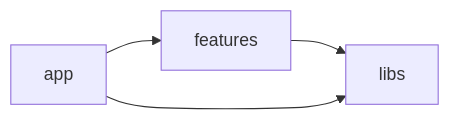
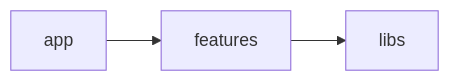
The diagram in docs/core.md (Vladyslav-Murashchenko/feature-garden), drawn with Mermaid before and after one commit. The commit also changed other lines of this file, not shown here.

Commit message:
Update App layer description in core.md
Removed mention of libraries in the App layer description.

````diff
--- a/docs/core.md
+++ b/docs/core.md
@@ -62,10 +61,9 @@
 ```mermaid
 graph LR
     libs["libs"]
     features["features"]
     app["app"]
 
     features --> libs
-    app --> libs
     app --> features
 ```
````
